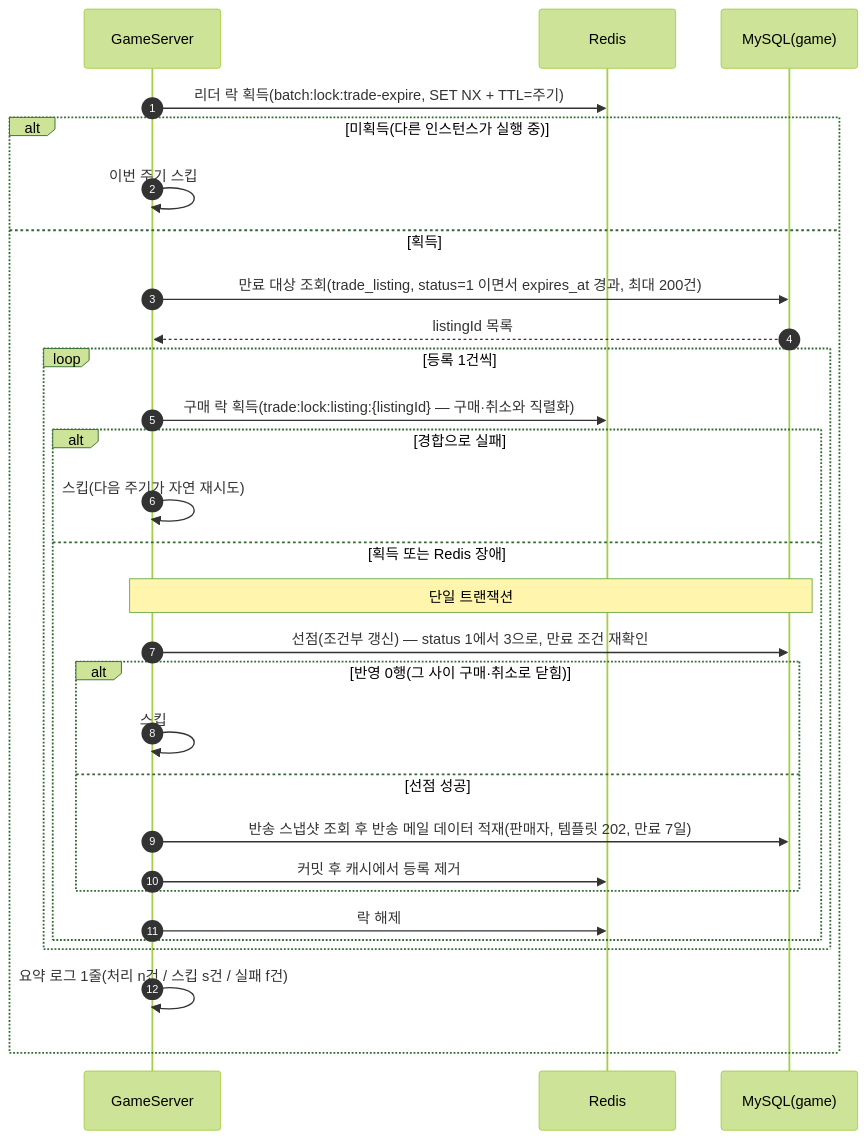
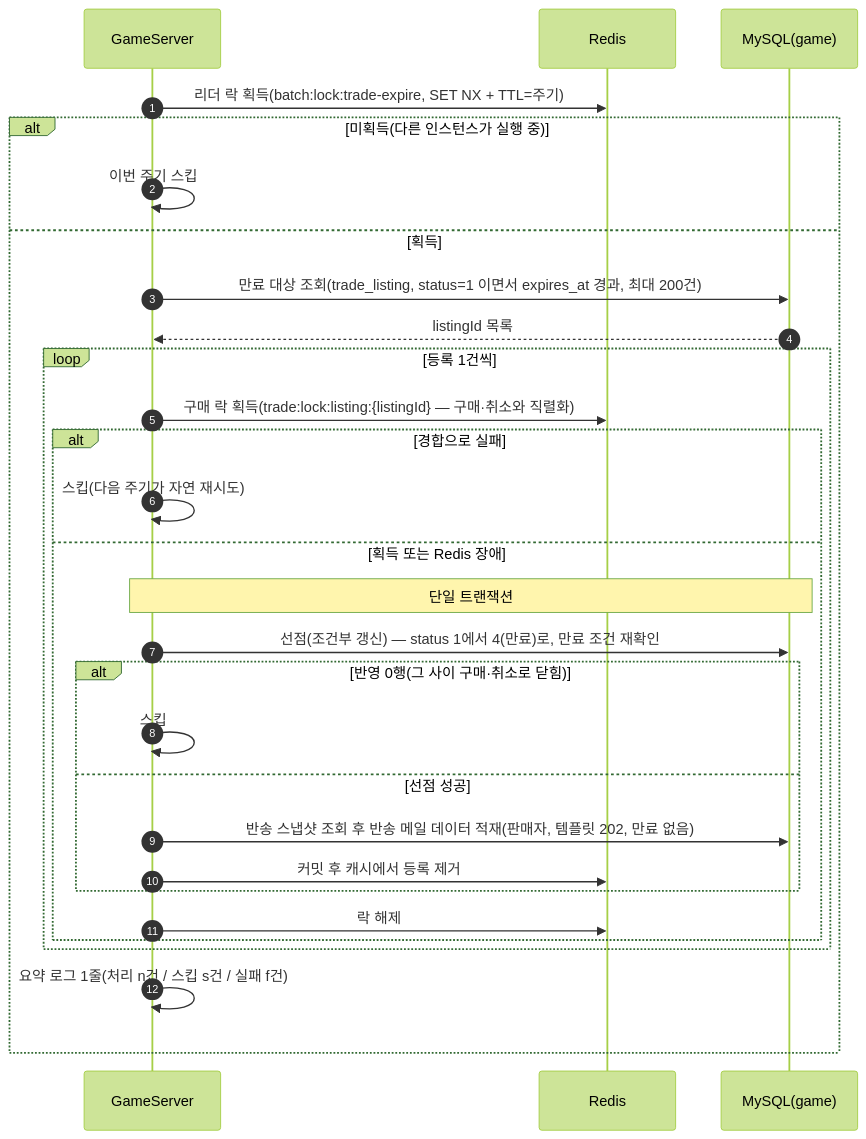
One commit to ks-wook/com2us-taskbar-hero changed diagram 25 of 31 in SequenceDiagram/README.md. Above: the diagram before and after it, drawn with Mermaid (forest theme). The commit also changed other lines of this file and 11 other files, not shown here.

````diff
--- a/SequenceDiagram/README.md
+++ b/SequenceDiagram/README.md
@@ -752,32 +749,32 @@
 ```mermaid
 sequenceDiagram
     autonumber
     participant S as GameServer
     participant R as Redis
     participant DB as MySQL(game)
 
     S->>R: 리더 락 획득(batch:lock:trade-expire, SET NX + TTL=주기)
     alt 미획득(다른 인스턴스가 실행 중)
         S->>S: 이번 주기 스킵
     else 획득
         S->>DB: 만료 대상 조회(trade_listing, status=1 이면서 expires_at 경과, 최대 200건)
         DB-->>S: listingId 목록
         loop 등록 1건씩
             S->>R: 구매 락 획득(trade:lock:listing:{listingId} — 구매·취소와 직렬화)
             alt 경합으로 실패
                 S->>S: 스킵(다음 주기가 자연 재시도)
             else 획득 또는 Redis 장애
                 Note over S,DB: 단일 트랜잭션
-                S->>DB: 선점(조건부 갱신) — status 1에서 3으로, 만료 조건 재확인
+                S->>DB: 선점(조건부 갱신) — status 1에서 4(만료)로, 만료 조건 재확인
                 alt 반영 0행(그 사이 구매·취소로 닫힘)
                     S->>S: 스킵
                 else 선점 성공
-                    S->>DB: 반송 스냅샷 조회 후 반송 메일 데이터 적재(판매자, 템플릿 202, 만료 7일)
+                    S->>DB: 반송 스냅샷 조회 후 반송 메일 데이터 적재(판매자, 템플릿 202, 만료 없음)
                     S->>R: 커밋 후 캐시에서 등록 제거
                 end
                 S->>R: 락 해제
             end
         end
         S->>S: 요약 로그 1줄(처리 n건 / 스킵 s건 / 실패 f건)
     end
 ```
````
